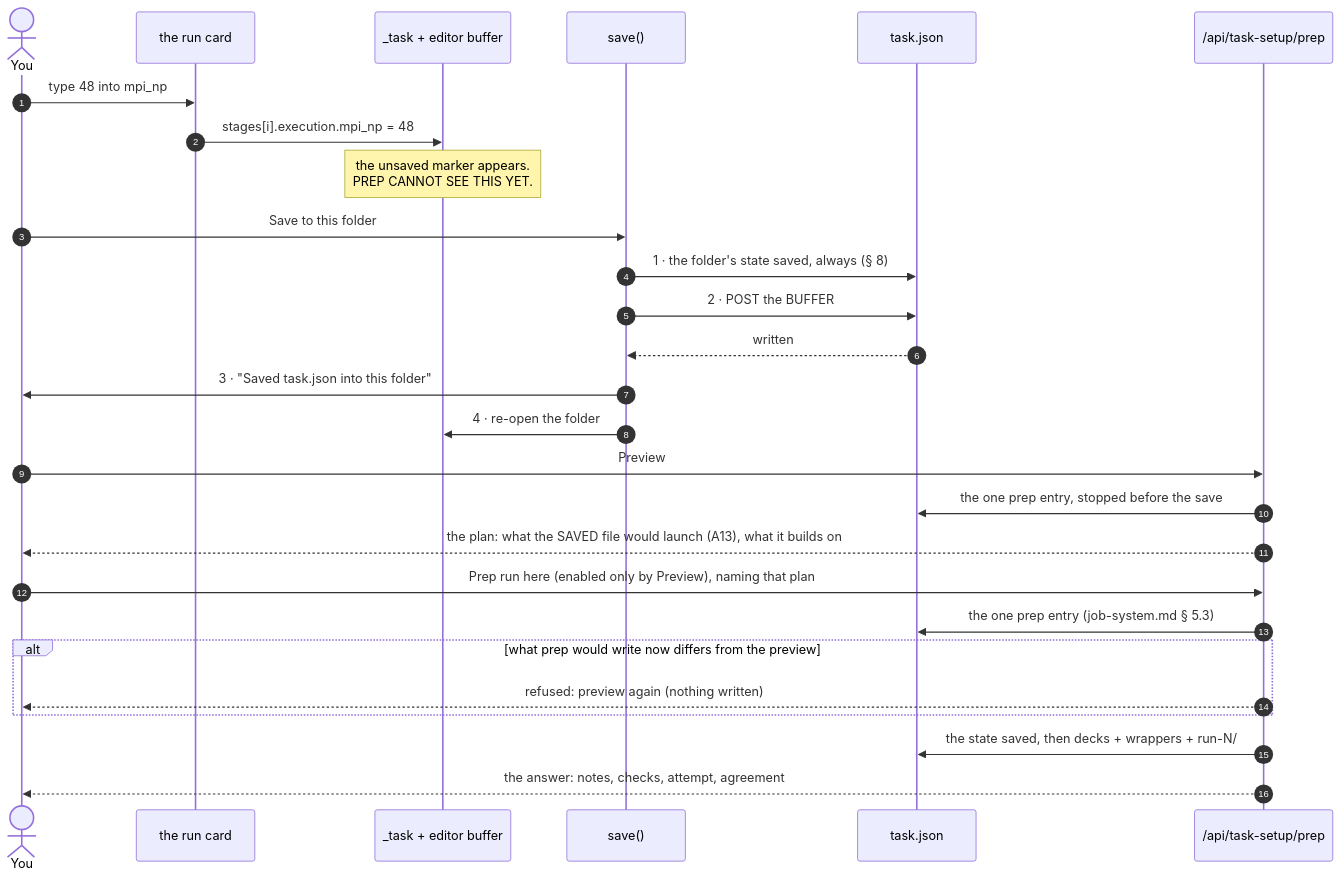
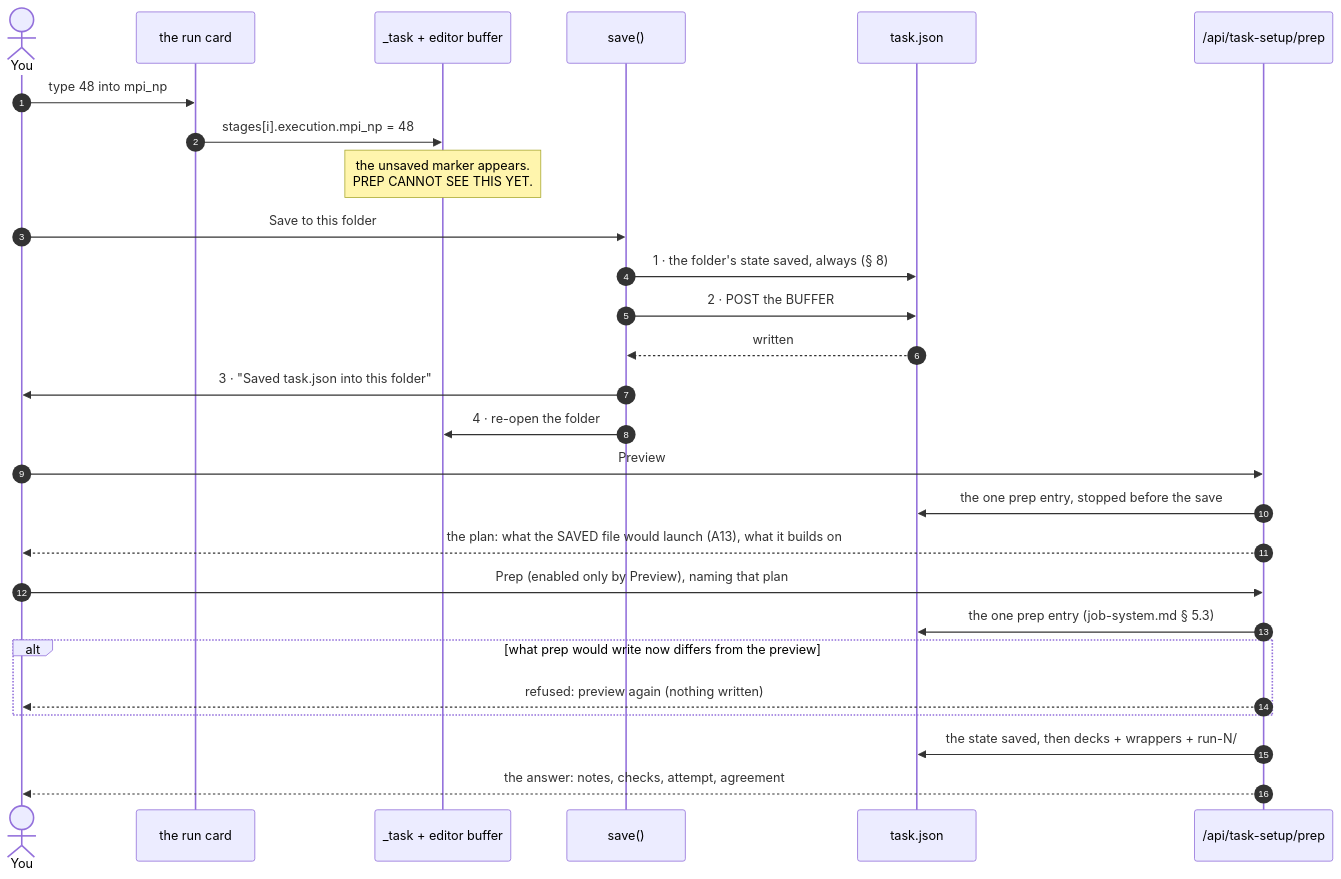
One commit to Qing-LAB/molbuilder changed the diagram in docs/web/task-setup.md. Above: the diagram before and after it, drawn with Mermaid. The commit also changed other lines of this file and 30 other files, not shown here.

````diff
--- a/docs/web/task-setup.md
+++ b/docs/web/task-setup.md
@@ -745,32 +745,32 @@
 ```mermaid
 sequenceDiagram
     autonumber
     actor You
     participant Card as the run card
     participant Model as _task + editor buffer
     participant Save as save()
     participant Disk as task.json
     participant Prep as /api/task-setup/prep
 
     You->>Card: type 48 into mpi_np
     Card->>Model: stages[i].execution.mpi_np = 48
     Note over Model: the unsaved marker appears.<br/>PREP CANNOT SEE THIS YET.
 
     You->>Save: Save to this folder
     Save->>Disk: 1 · the folder's state saved, always (§ 8)
     Save->>Disk: 2 · POST the BUFFER
     Disk-->>Save: written
     Save->>You: 3 · "Saved task.json into this folder"
     Save->>Model: 4 · re-open the folder
 
     You->>Prep: Preview
     Prep->>Disk: the one prep entry, stopped before the save
     Prep-->>You: the plan: what the SAVED file would launch (A13), what it builds on
-    You->>Prep: Prep run here (enabled only by Preview), naming that plan
+    You->>Prep: Prep (enabled only by Preview), naming that plan
     Prep->>Disk: the one prep entry (job-system.md § 5.3)
     alt what prep would write now differs from the preview
       Prep-->>You: refused: preview again (nothing written)
     end
     Prep->>Disk: the state saved, then decks + wrappers + run-N/
     Prep-->>You: the answer: notes, checks, attempt, agreement
 ```
````
